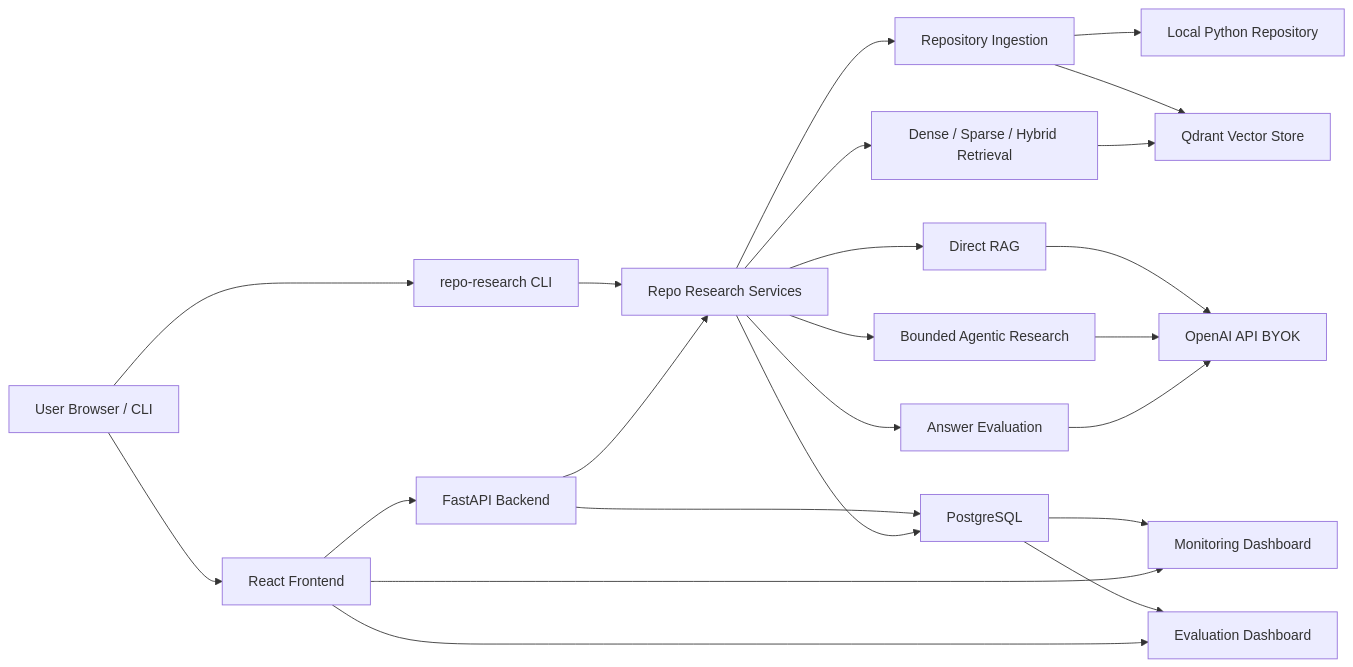
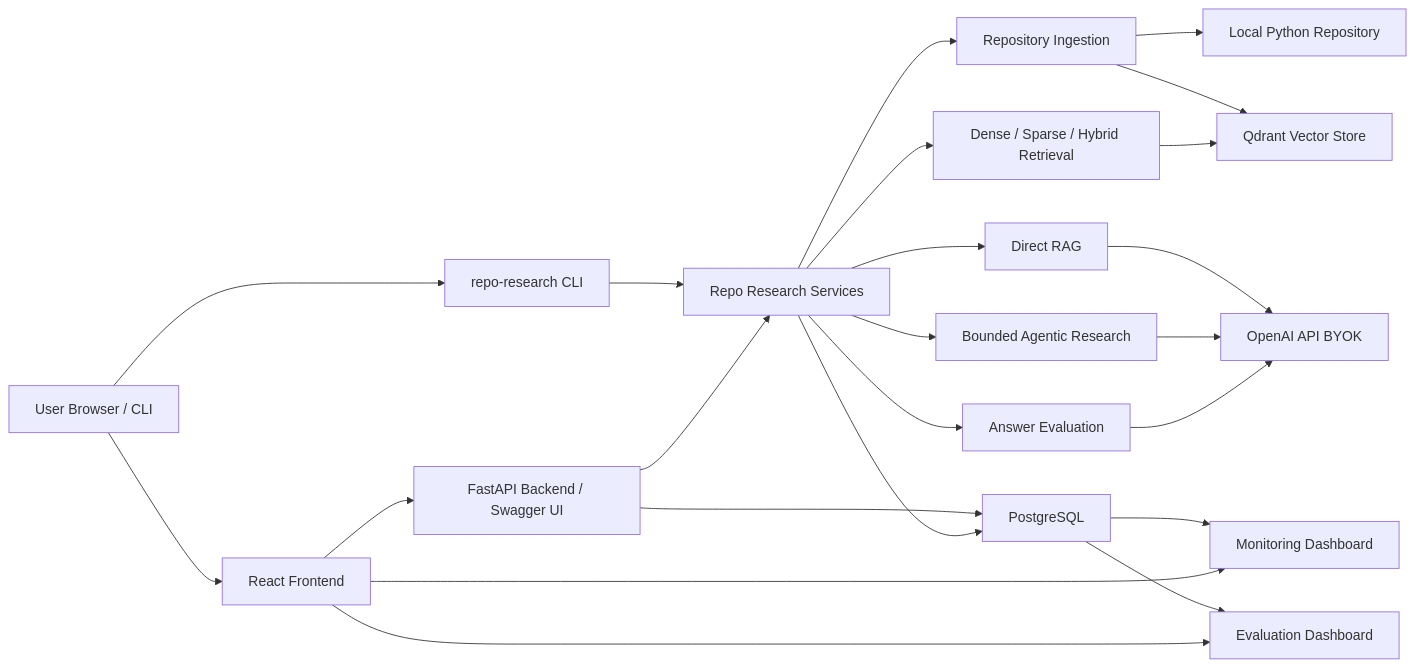
The diagram in docs/architecture.md (dosorio79/repo_deep_research), drawn with Mermaid before and after one commit. The commit also changed other lines of this file and 2 other files, not shown here.

Commit message:
docs: highlight local alpha stack and swagger entrypoint

````diff
--- a/docs/architecture.md
+++ b/docs/architecture.md
@@ -5,31 +5,31 @@
 ```mermaid
 flowchart LR
   User[User Browser / CLI] --> Frontend[React Frontend]
   User --> CLI[repo-research CLI]
 
-  Frontend --> API[FastAPI Backend]
+  Frontend --> API[FastAPI Backend / Swagger UI]
   CLI --> Core[Repo Research Services]
   API --> Core
 
   Core --> Ingestion[Repository Ingestion]
   Core --> Retrieval[Dense / Sparse / Hybrid Retrieval]
   Core --> DirectRAG[Direct RAG]
   Core --> Agentic[Bounded Agentic Research]
   Core --> Evaluation[Answer Evaluation]
 
   Ingestion --> Repo[Local Python Repository]
   Ingestion --> Qdrant[Qdrant Vector Store]
   Retrieval --> Qdrant
 
   DirectRAG --> OpenAI[OpenAI API BYOK]
   Agentic --> OpenAI
   Evaluation --> OpenAI
 
   API --> Postgres[PostgreSQL]
   Core --> Postgres
 
   Postgres --> Monitoring[Monitoring Dashboard]
   Postgres --> EvalDash[Evaluation Dashboard]
   Frontend --> Monitoring
   Frontend --> EvalDash
 ```
````
